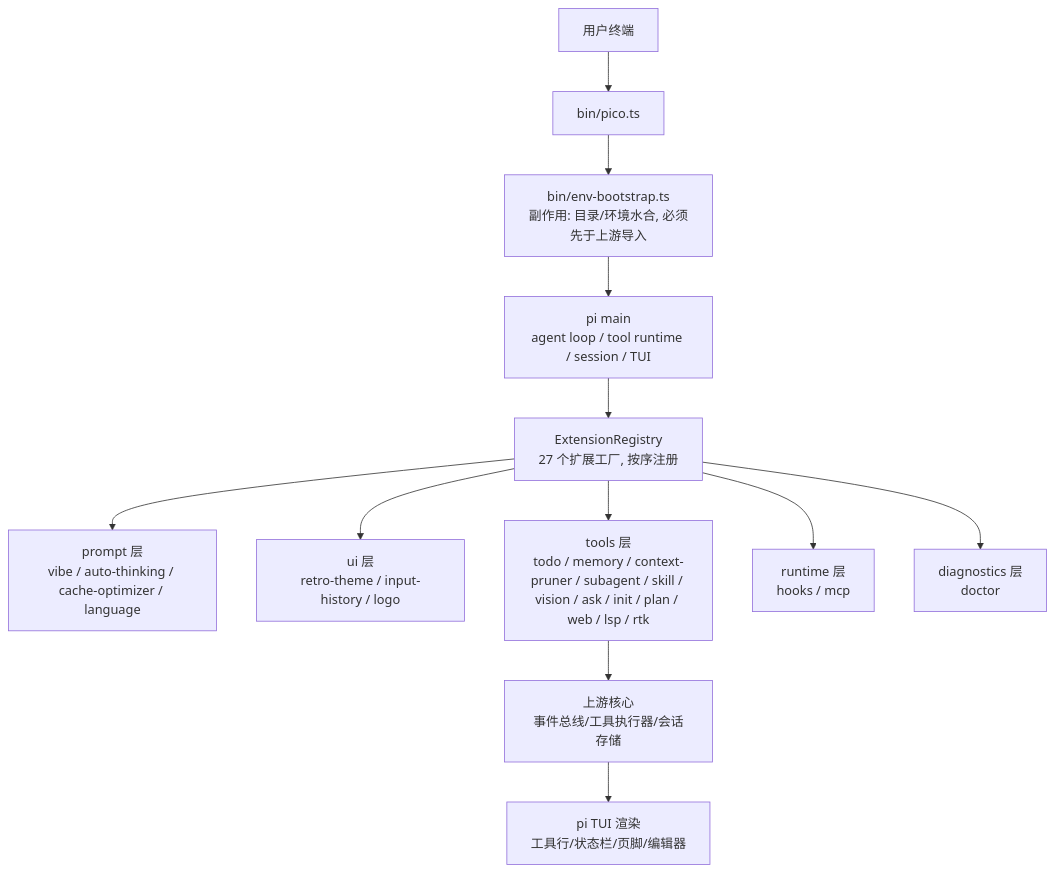
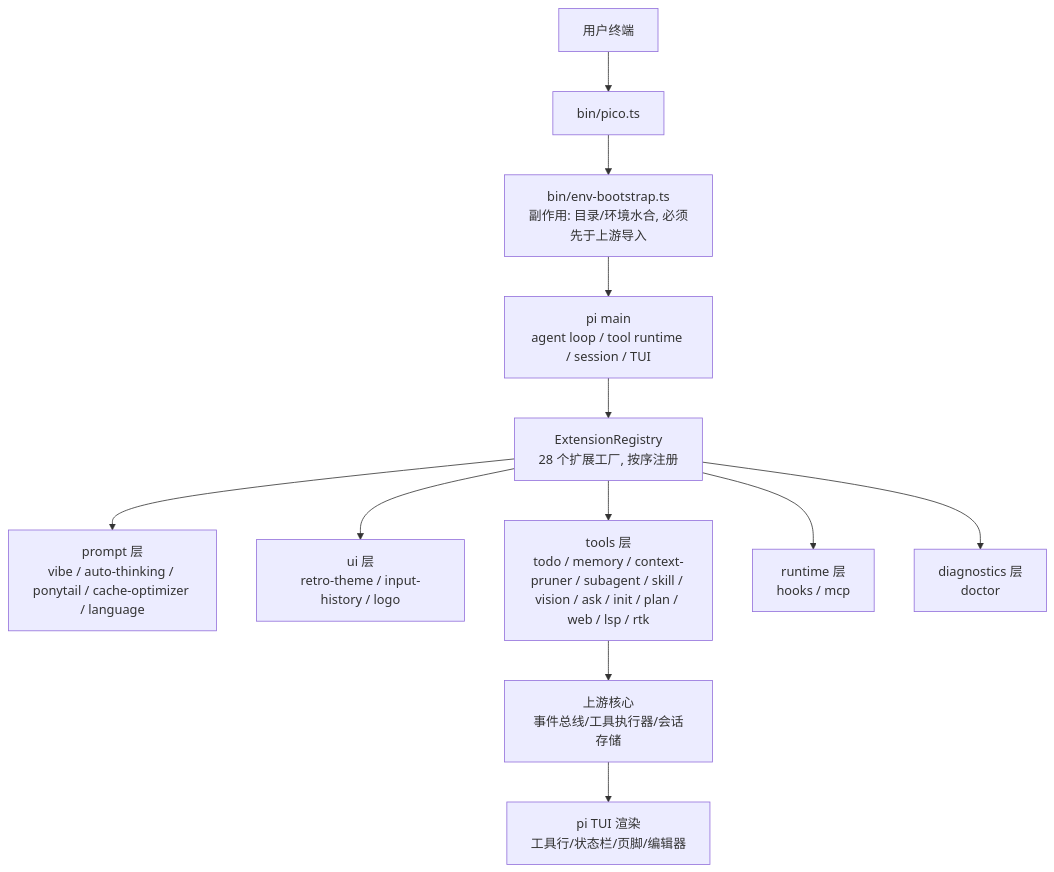
The first of 5 diagrams in docs/internal-tech-review.md (sswym/pico), drawn with Mermaid before and after one commit. The commit also changed 15 other files, not shown here.

````diff
--- a/docs/internal-tech-review.md
+++ b/docs/internal-tech-review.md
@@ -38,14 +38,14 @@
 ```mermaid
 flowchart TD
     U[用户终端] --> BIN[bin/pico.ts]
     BIN --> BOOT[bin/env-bootstrap.ts<br/>副作用: 目录/环境水合, 必须先于上游导入]
     BOOT --> MAIN[pi main<br/>agent loop / tool runtime / session / TUI]
-    MAIN --> REG[ExtensionRegistry<br/>27 个扩展工厂, 按序注册]
-    REG --> E1[prompt 层<br/>vibe / auto-thinking / cache-optimizer / language]
+    MAIN --> REG[ExtensionRegistry<br/>28 个扩展工厂, 按序注册]
+    REG --> E1[prompt 层<br/>vibe / auto-thinking / ponytail / cache-optimizer / language]
     REG --> E2[ui 层<br/>retro-theme / input-history / logo]
     REG --> E3[tools 层<br/>todo / memory / context-pruner / subagent / skill / vision / ask / init / plan / web / lsp / rtk]
     REG --> E4[runtime 层<br/>hooks / mcp]
     REG --> E5[diagnostics 层<br/>doctor]
     E3 --> CORE[上游核心<br/>事件总线/工具执行器/会话存储]
     CORE --> TUI[pi TUI 渲染<br/>工具行/状态栏/页脚/编辑器]
 ```
````
